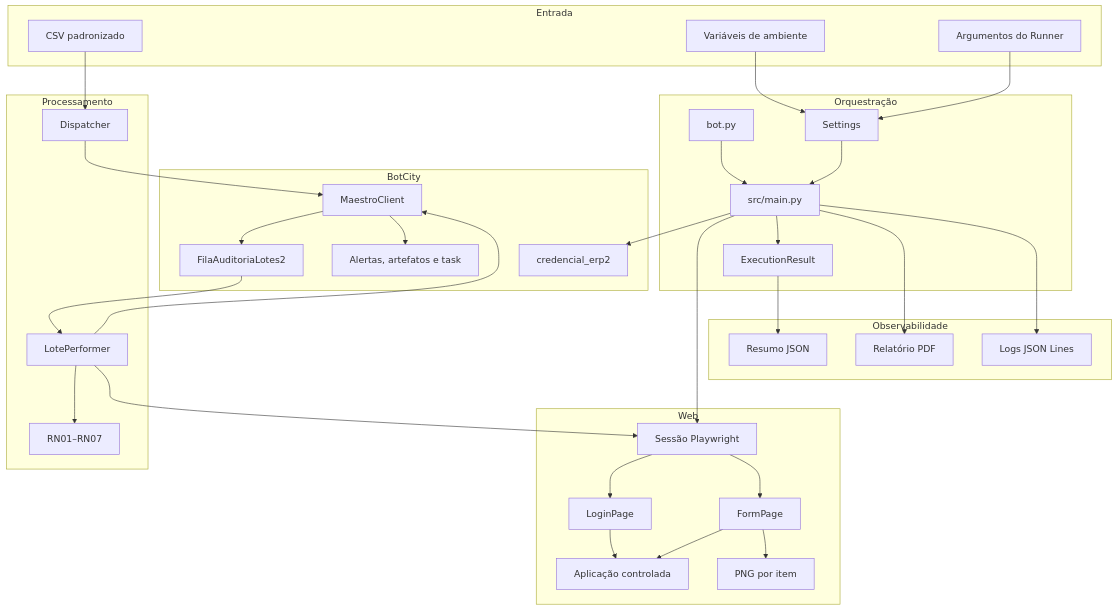
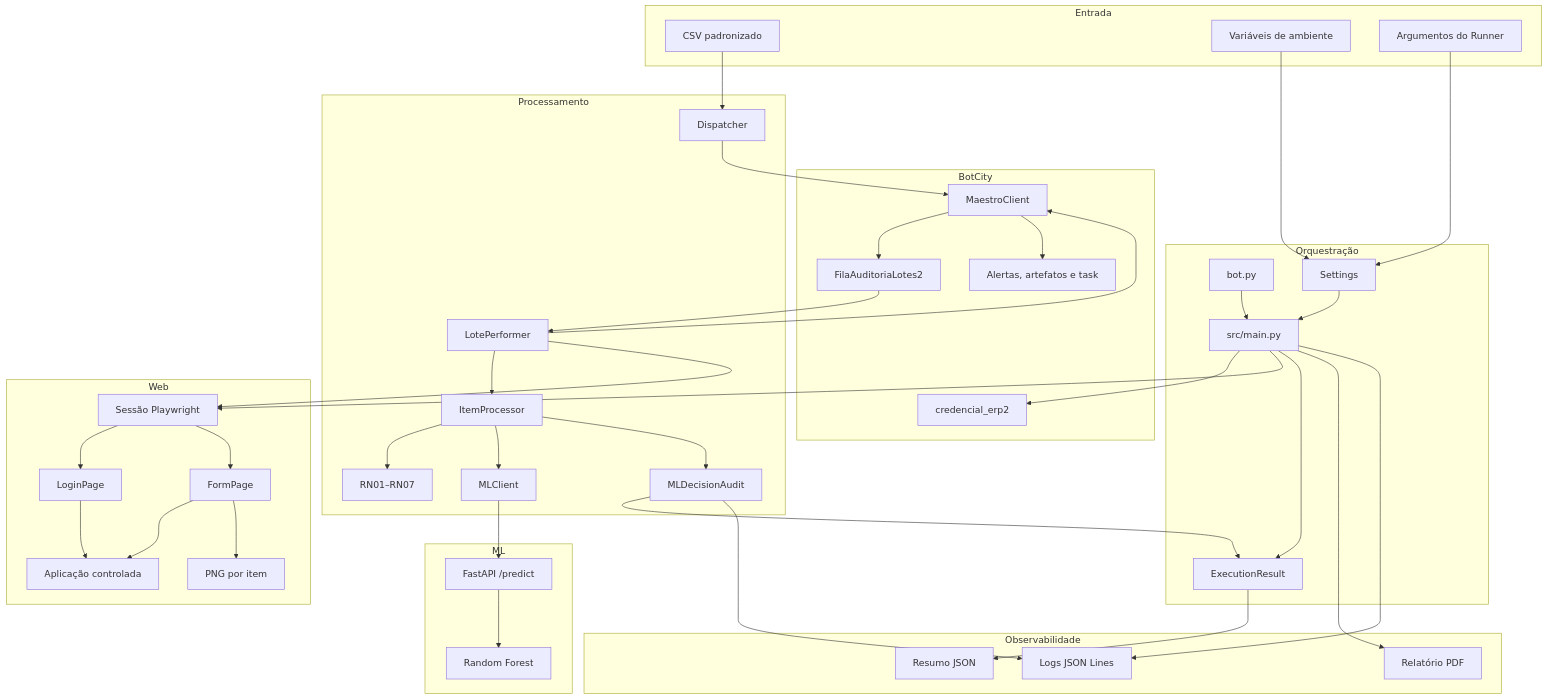
The first of 4 diagrams in docs/ARQUITETURA.md (g-f307/conferencia-de-lotes), drawn with Mermaid before and after one commit. The commit also changed other lines of this file and 24 other files, not shown here.

````diff
--- a/docs/ARQUITETURA.md
+++ b/docs/ARQUITETURA.md
@@ -22,66 +22,81 @@
 ```mermaid
 flowchart TB
     subgraph Entrada
         CSV[CSV padronizado]
         ENV[Variáveis de ambiente]
         ARGS[Argumentos do Runner]
     end
 
     subgraph Orquestração
         ENTRY[bot.py]
         CONFIG[Settings]
         MAIN[src/main.py]
         RESULT[ExecutionResult]
     end
 
     subgraph BotCity
         CLIENT[MaestroClient]
         DP[FilaAuditoriaLotes2]
         VAULT[credencial_erp2]
         TASK[Alertas, artefatos e task]
     end
 
     subgraph Processamento
         DISPATCHER[Dispatcher]
         PERFORMER[LotePerformer]
         RULES[RN01–RN07]
+        ITEM[ItemProcessor]
+        MLC[MLClient]
+        MLA[MLDecisionAudit]
+    end
+
+    subgraph ML
+        API[FastAPI /predict]
+        MODEL[Random Forest]
     end
 
     subgraph Web
         PW[Sessão Playwright]
         LOGIN[LoginPage]
         FORM[FormPage]
         APP[Aplicação controlada]
         PNG[PNG por item]
     end
 
     subgraph Observabilidade
         LOG[Logs JSON Lines]
         JSON[Resumo JSON]
         PDF[Relatório PDF]
     end
 
     ENV --> CONFIG
     ARGS --> CONFIG
     ENTRY --> MAIN
     CONFIG --> MAIN
     MAIN --> VAULT
     MAIN --> PW
     PW --> LOGIN
     LOGIN --> APP
     CSV --> DISPATCHER
     DISPATCHER --> CLIENT
     CLIENT --> DP
     DP --> PERFORMER
-    PERFORMER --> RULES
+    PERFORMER --> ITEM
+    ITEM --> RULES
+    ITEM --> MLC
+    MLC --> API
+    API --> MODEL
+    ITEM --> MLA
     PERFORMER --> PW
     PW --> FORM
     FORM --> APP
     FORM --> PNG
     PERFORMER --> CLIENT
     MAIN --> RESULT
     RESULT --> JSON
+    MLA --> RESULT
+    MLA --> LOG
     MAIN --> PDF
     MAIN --> LOG
     CLIENT --> TASK
 ```
````
